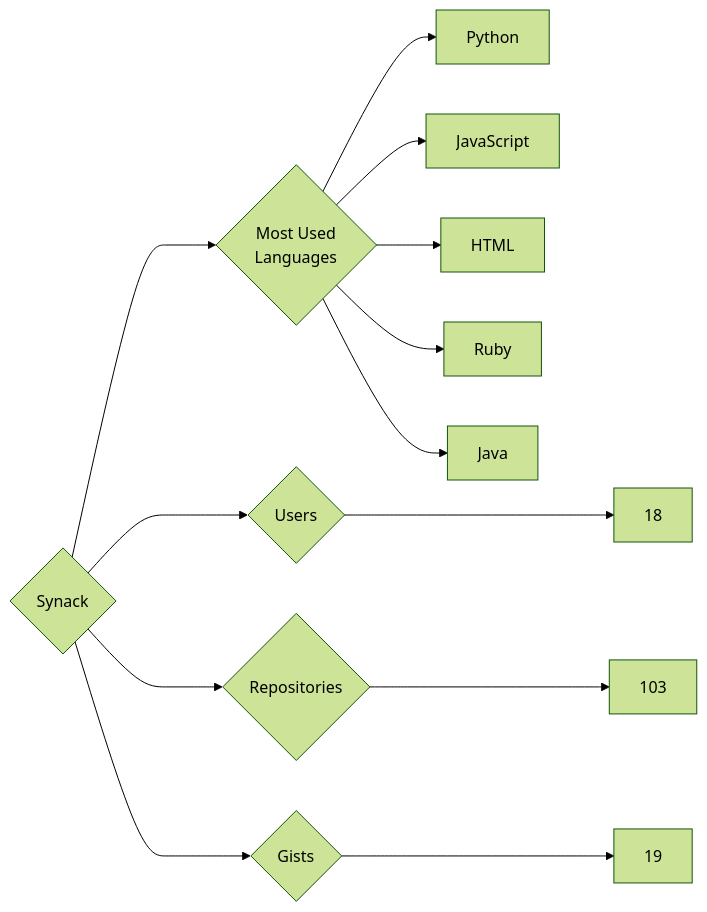
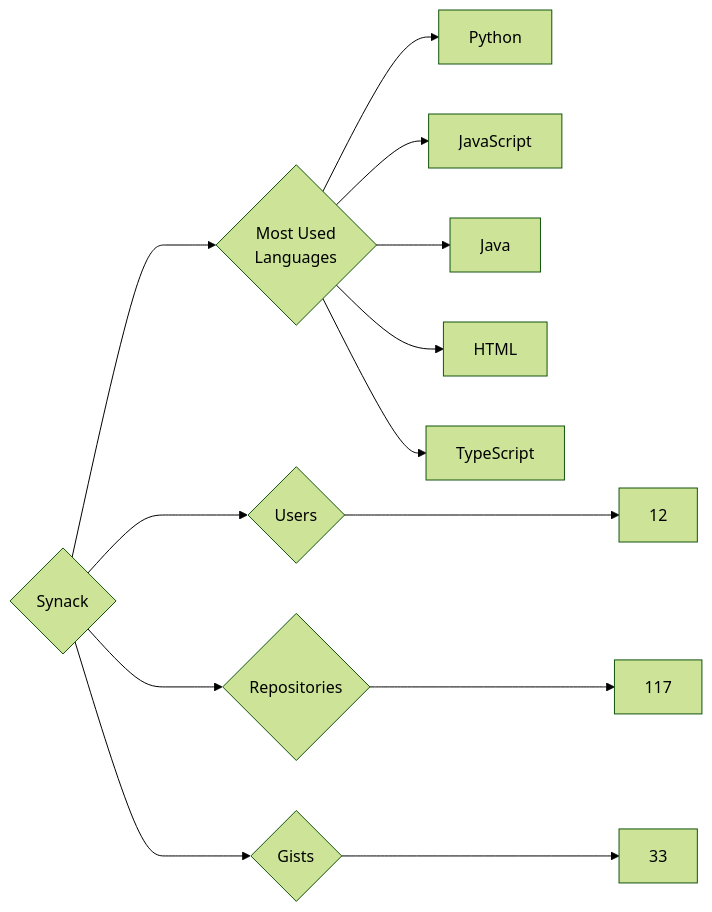
The diagram in targets/Synack/README.md (trickest/insiders), drawn with Mermaid (forest theme) before and after one commit. The commit also changed 715 other files, not shown here.

````diff
--- a/targets/Synack/README.md
+++ b/targets/Synack/README.md
@@ -3,13 +3,13 @@
 ```mermaid
 graph LR
 COMPANY_NAME{Synack}
-COMPANY_NAME ---> U{Users} ---> UN[18]
-COMPANY_NAME ---> R{Repositories} ---> RN[103]
-COMPANY_NAME ---> G{Gists} ---> GN[19]
+COMPANY_NAME ---> U{Users} ---> UN[12]
+COMPANY_NAME ---> R{Repositories} ---> RN[117]
+COMPANY_NAME ---> G{Gists} ---> GN[33]
 COMPANY_NAME ---> ML{Most Used<br>Languages}
 ML --> Python[Python]
 ML --> JavaScript[JavaScript]
+ML --> Java[Java]
 ML --> HTML[HTML]
-ML --> Ruby[Ruby]
-ML --> Java[Java]
+ML --> TypeScript[TypeScript]
 ```
````
